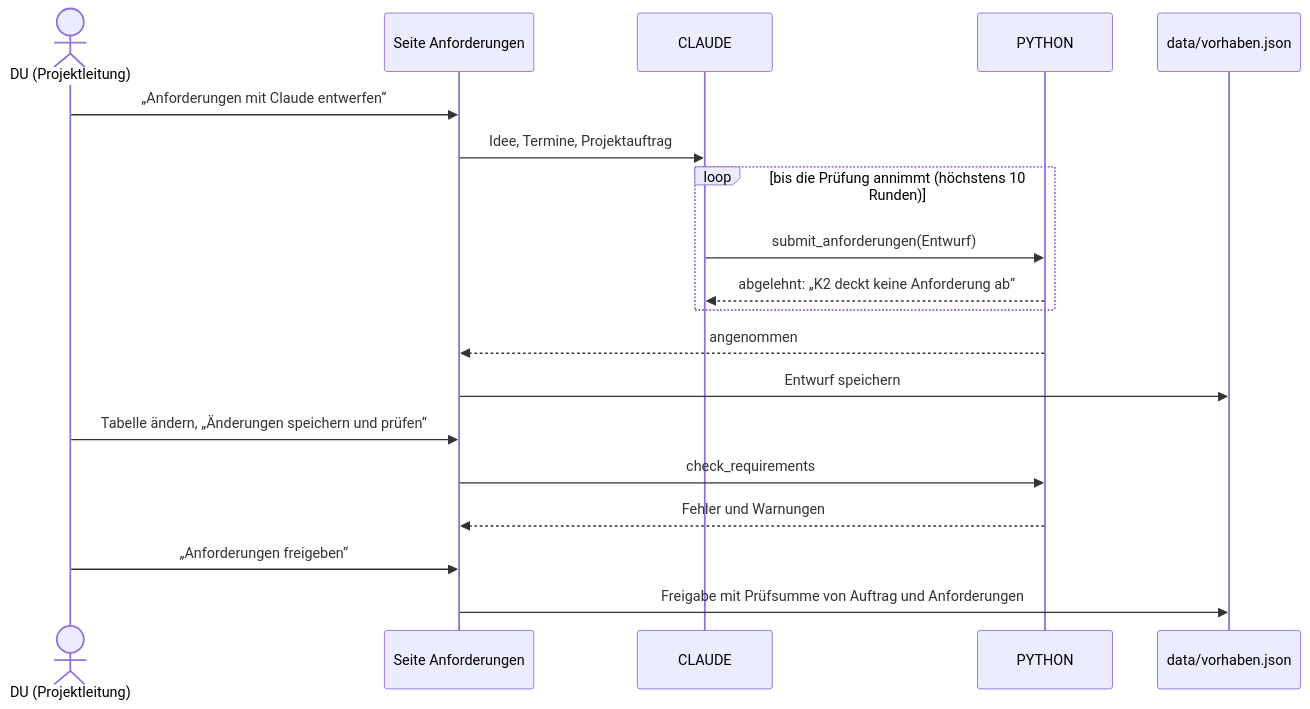
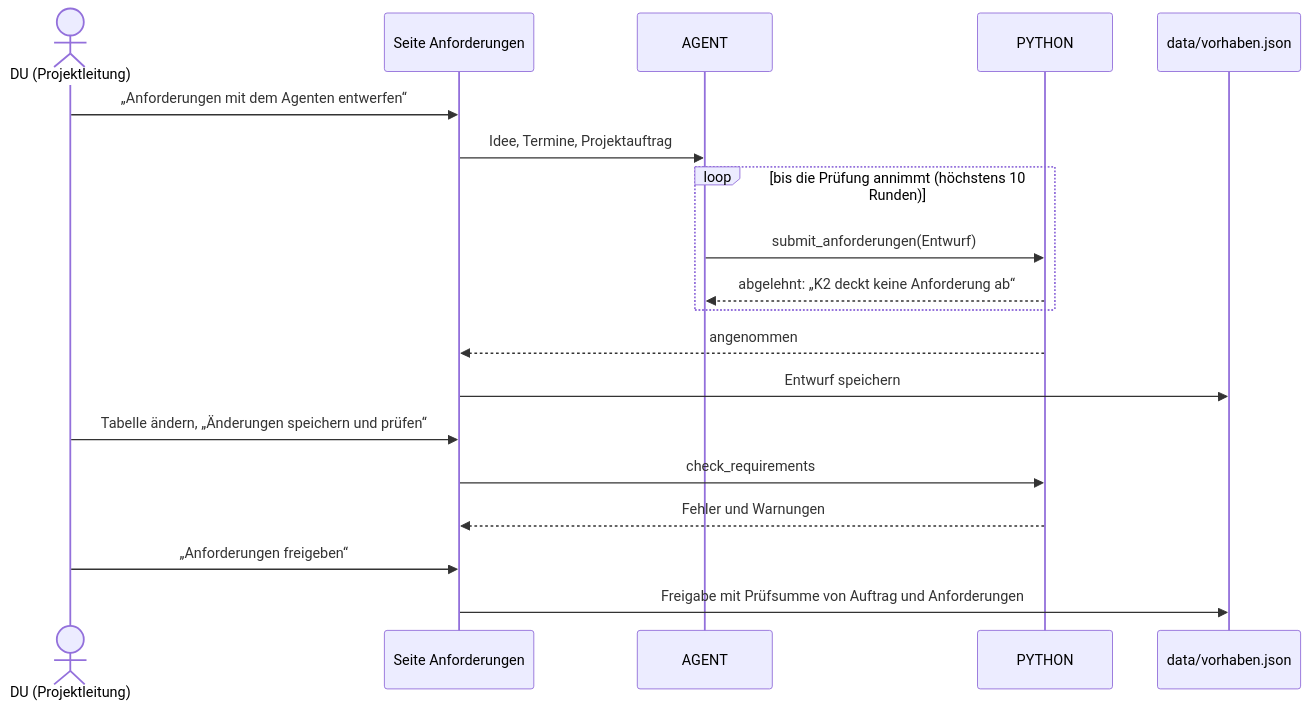
Before and after one commit to minglu-prime/KI-gestuetztes-Projektmanagement: the second of 2 diagrams in 04-Prototyp/pm_agent/docs/lebenszyklus.md, drawn with Mermaid. The commit also changed other lines of this file and 34 other files, not shown here.

First line of the commit message:
feat(ui): the pages call the actor "der Agent", not "Claude"

````diff
--- a/04-Prototyp/pm_agent/docs/lebenszyklus.md
+++ b/04-Prototyp/pm_agent/docs/lebenszyklus.md
@@ -64,21 +64,21 @@
 ```mermaid
 sequenceDiagram
   actor Du as DU (Projektleitung)
   participant Seite as Seite Anforderungen
-  participant Claude as CLAUDE
+  participant Agent as AGENT
   participant Python as PYTHON
   participant Datei as data/vorhaben.json
-  Du->>Seite: „Anforderungen mit Claude entwerfen“
-  Seite->>Claude: Idee, Termine, Projektauftrag
+  Du->>Seite: „Anforderungen mit dem Agenten entwerfen“
+  Seite->>Agent: Idee, Termine, Projektauftrag
   loop bis die Prüfung annimmt (höchstens 10 Runden)
-    Claude->>Python: submit_anforderungen(Entwurf)
-    Python-->>Claude: abgelehnt: „K2 deckt keine Anforderung ab“
+    Agent->>Python: submit_anforderungen(Entwurf)
+    Python-->>Agent: abgelehnt: „K2 deckt keine Anforderung ab“
   end
   Python-->>Seite: angenommen
   Seite->>Datei: Entwurf speichern
   Du->>Seite: Tabelle ändern, „Änderungen speichern und prüfen“
   Seite->>Python: check_requirements
   Python-->>Seite: Fehler und Warnungen
   Du->>Seite: „Anforderungen freigeben“
   Seite->>Datei: Freigabe mit Prüfsumme von Auftrag und Anforderungen
 ```
````
